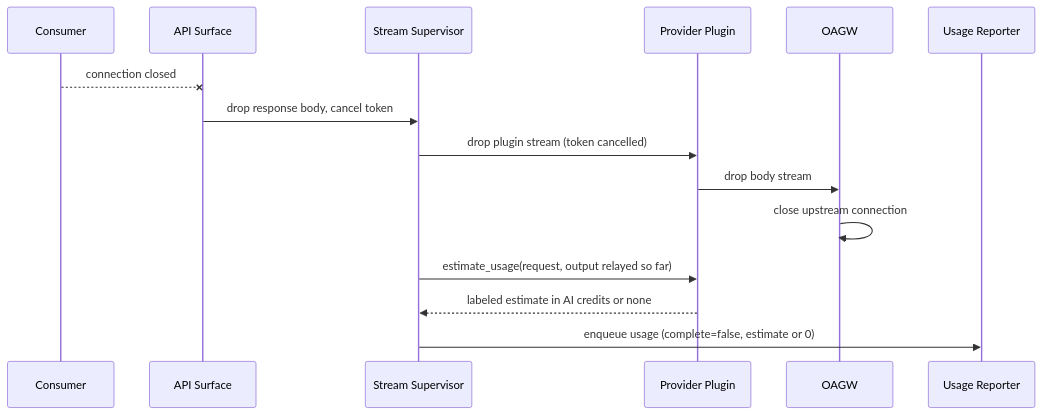
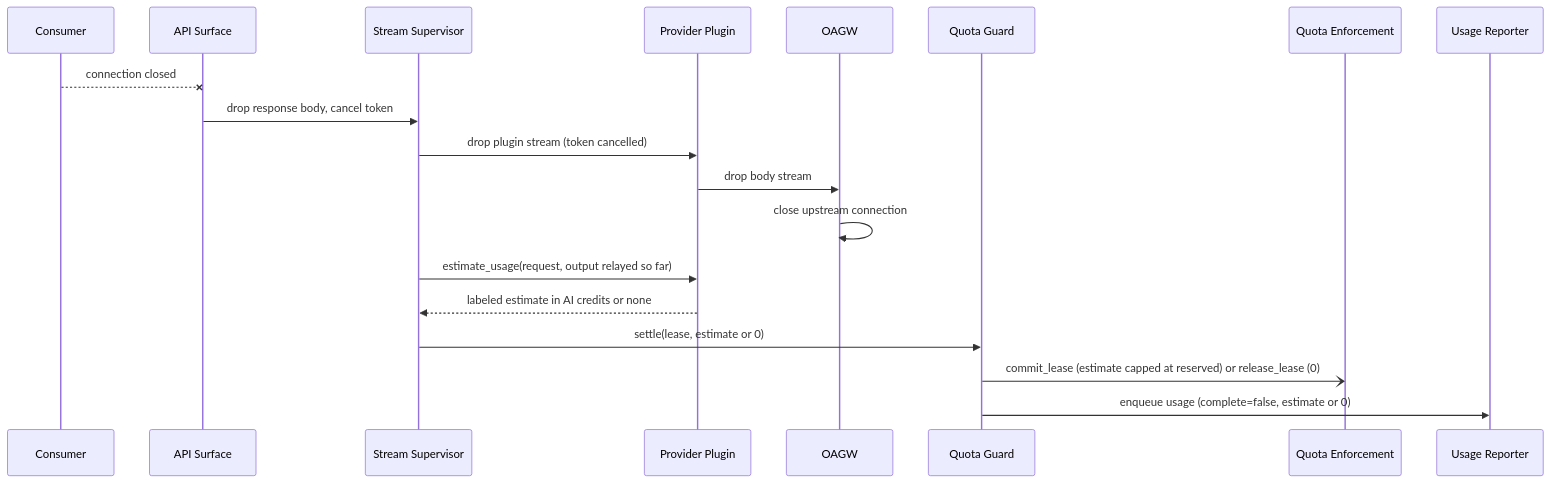
Before and after one commit to AndIConstructor/gears-rust: the fifth of 15 diagrams in gears/llm-gateway/docs/DESIGN.md, drawn with Mermaid. The commit also changed other lines of this file, not shown here.

Commit message:
docs(llm-gateway): restore quota enforcement through Quota Enforcement leases Signed-off-by: ritmix3300 <dmitriy.matveev95@gmail.com>

````diff
--- a/gears/llm-gateway/docs/DESIGN.md
+++ b/gears/llm-gateway/docs/DESIGN.md
@@ -823,17 +894,21 @@
 ```mermaid
 sequenceDiagram
     participant C as Consumer
     participant API as API Surface
     participant S as Stream Supervisor
     participant PL as Provider Plugin
     participant O as OAGW
+    participant QG as Quota Guard
+    participant QE as Quota Enforcement
     participant UR as Usage Reporter
     C--xAPI: connection closed
     API->>S: drop response body, cancel token
     S->>PL: drop plugin stream (token cancelled)
     PL->>O: drop body stream
     O->>O: close upstream connection
     S->>PL: estimate_usage(request, output relayed so far)
     PL-->>S: labeled estimate in AI credits or none
-    S->>UR: enqueue usage (complete=false, estimate or 0)
+    S->>QG: settle(lease, estimate or 0)
+    QG-)QE: commit_lease (estimate capped at reserved) or release_lease (0)
+    QG->>UR: enqueue usage (complete=false, estimate or 0)
 ```
````
